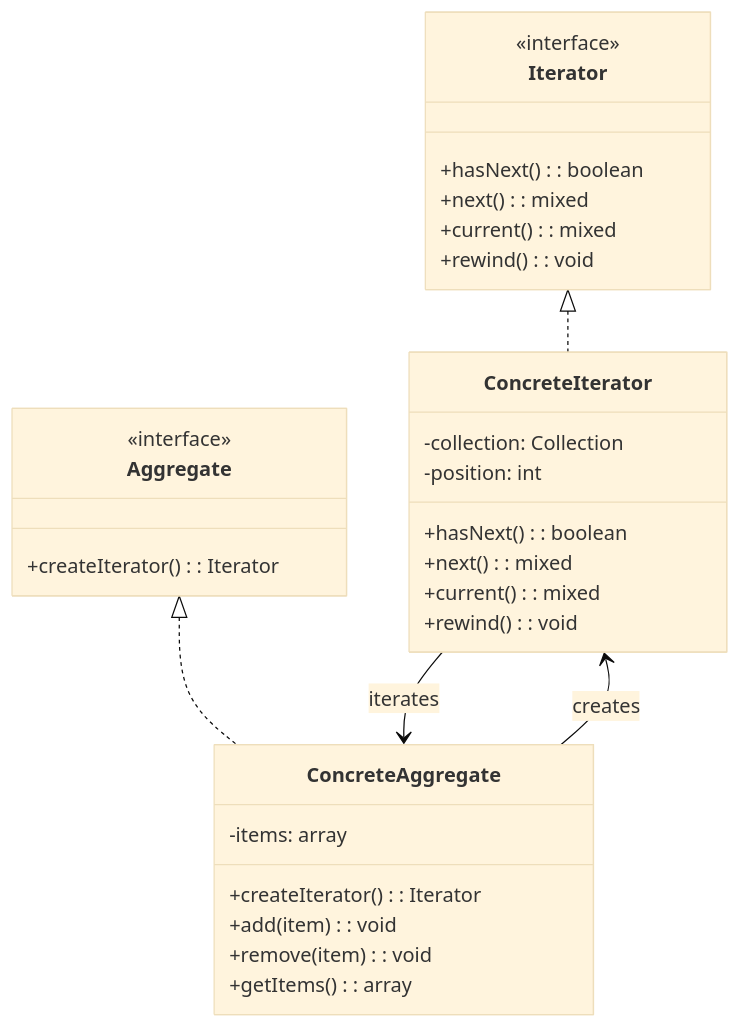
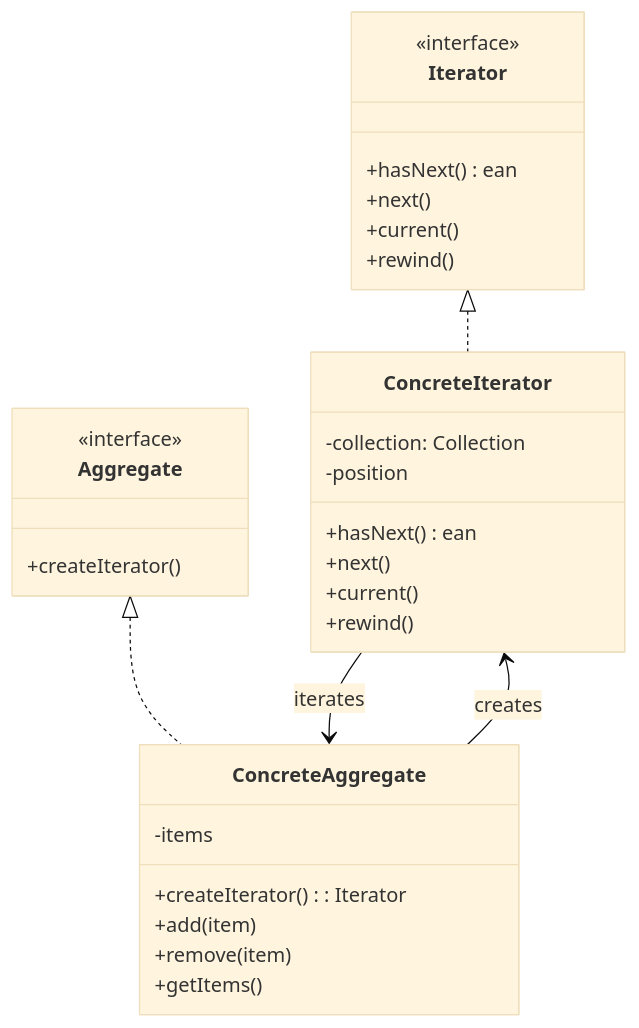
One commit to fanly/DesignPattern changed the first of 2 diagrams in resources/design-patterns/laravel/behavioral/iterator_en.md. Above: the diagram before and after it, drawn with Mermaid (base theme). The commit also changed other lines of this file and 103 other files, not shown here.

````diff
--- a/resources/design-patterns/laravel/behavioral/iterator_en.md
+++ b/resources/design-patterns/laravel/behavioral/iterator_en.md
@@ -10,37 +10,37 @@
 ```mermaid
 classDiagram
     class Iterator {
         <<interface>>
-        +hasNext(): boolean
-        +next(): mixed
-        +current(): mixed
-        +rewind(): void
+        +hasNext()ean
+        +next()
+        +current()
+        +rewind()
     }
     
     class ConcreteIterator {
         -collection: Collection
-        -position: int
-        +hasNext(): boolean
-        +next(): mixed
-        +current(): mixed
-        +rewind(): void
+        -position
+        +hasNext()ean
+        +next()
+        +current()
+        +rewind()
     }
     
     class Aggregate {
         <<interface>>
-        +createIterator(): Iterator
+        +createIterator()
     }
     
     class ConcreteAggregate {
-        -items: array
+        -items
         +createIterator(): Iterator
-        +add(item): void
-        +remove(item): void
-        +getItems(): array
+        +add(item)
+        +remove(item)
+        +getItems()
     }
     
     Iterator <|.. ConcreteIterator
     Aggregate <|.. ConcreteAggregate
     ConcreteAggregate --> ConcreteIterator : creates
     ConcreteIterator --> ConcreteAggregate : iterates
 ```
````
